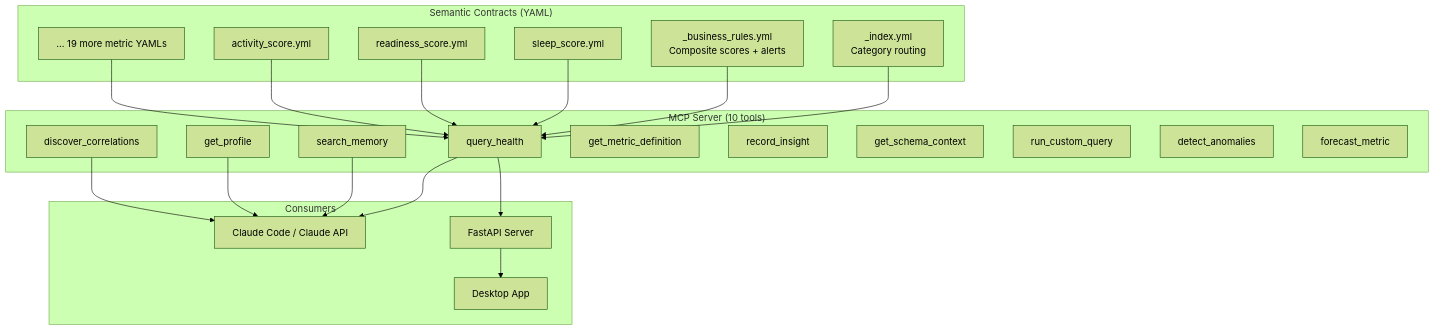
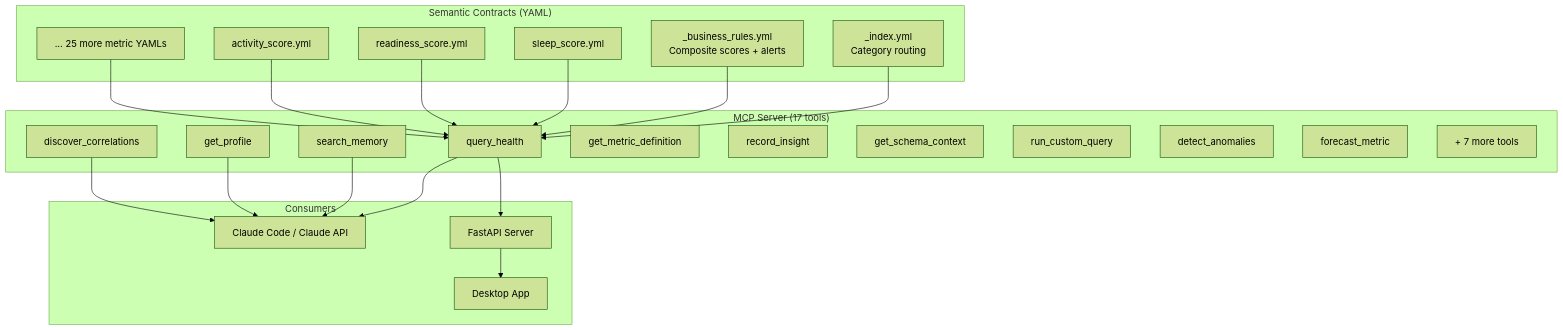
The second of 2 diagrams in docs/data_lineage.md (EduardPetraeus/HealthReporting), drawn with Mermaid (forest theme) before and after one commit. The commit also changed other lines of this file and 4 other files, not shown here.

````diff
--- a/docs/data_lineage.md
+++ b/docs/data_lineage.md
@@ -397,38 +509,39 @@
 ```mermaid
 graph TD
     subgraph Contracts["Semantic Contracts (YAML)"]
         IDX["_index.yml<br/>Category routing"]
         BR["_business_rules.yml<br/>Composite scores + alerts"]
         M1["sleep_score.yml"]
         M2["readiness_score.yml"]
         M3["activity_score.yml"]
-        MN["... 19 more metric YAMLs"]
+        MN["... 25 more metric YAMLs"]
     end
 
-    subgraph MCP["MCP Server (10 tools)"]
+    subgraph MCP["MCP Server (17 tools)"]
         QH[query_health]
         SM[search_memory]
         GP[get_profile]
         DC[discover_correlations]
         GM[get_metric_definition]
         RI[record_insight]
         GSC[get_schema_context]
         RCQ[run_custom_query]
         DA[detect_anomalies]
         FM[forecast_metric]
+        TN["+ 7 more tools"]
     end
 
     subgraph Consumers
         CC[Claude Code / Claude API]
         API[FastAPI Server]
         DESK[Desktop App]
     end
 
     IDX --> QH
     BR --> QH
     M1 & M2 & M3 & MN --> QH
     QH --> CC
     SM & GP & DC --> CC
     QH --> API
     API --> DESK
 ```
````
